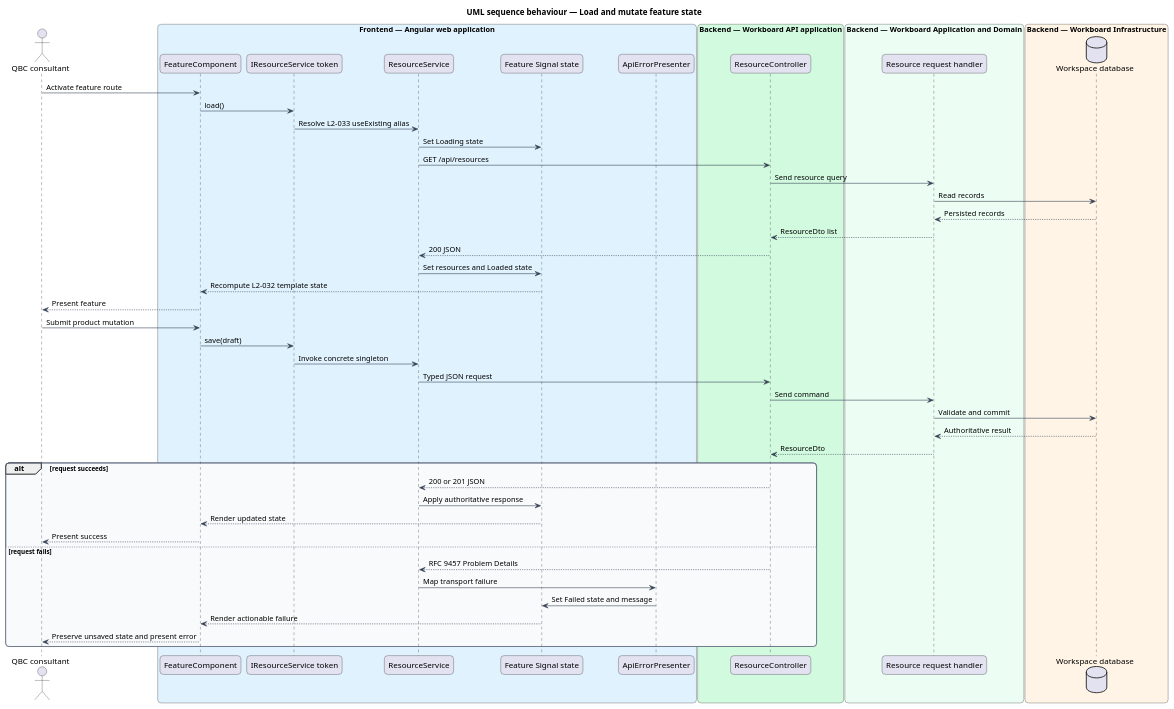
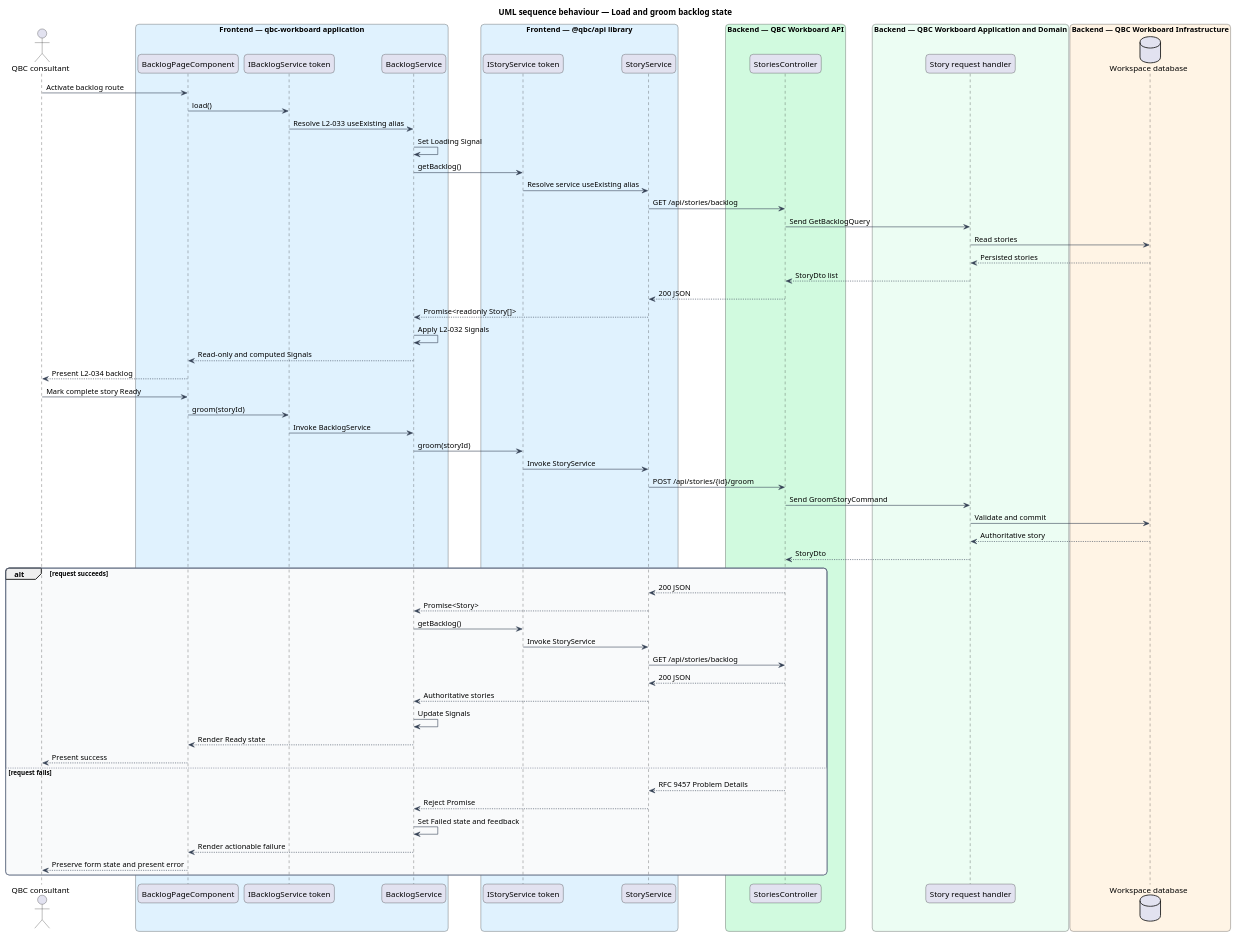
Before and after one commit to QuinntyneBrown/quinntyne-brown-consulting: the diagram in docs/detailed-designs/platform/render-angular-workspace/diagrams/sequence-consume-service.puml, drawn with PlantUML. The commit also changed 63 other files, not shown here.

Commit message:
Rename frontend api library exports to service pattern and update workboard consumers

```diff
--- a/docs/detailed-designs/platform/render-angular-workspace/diagrams/sequence-consume-service.puml
+++ b/docs/detailed-designs/platform/render-angular-workspace/diagrams/sequence-consume-service.puml
@@ -1,68 +1,82 @@
 @startuml
-title UML sequence behaviour — Load and mutate feature state
+title UML sequence behaviour — Load and groom backlog state
 skinparam backgroundColor #FFFFFF
 skinparam shadowing false
 skinparam roundcorner 12
 skinparam defaultFontName Arial
 skinparam ArrowColor #344054
 skinparam rectangle {
   BorderColor #344054
   FontColor #101828
 }
 skinparam package {
   BorderColor #667085
   FontColor #101828
   BackgroundColor #F9FAFB
 }
 actor "QBC consultant" as actor
-box "Frontend — Angular web application" #E0F2FE
-  participant "FeatureComponent" as component
-  participant "IResourceService token" as contract
-  participant "ResourceService" as service
-  participant "Feature Signal state" as signals
-  participant "ApiErrorPresenter" as error
+box "Frontend — qbc-workboard application" #E0F2FE
+  participant "BacklogPageComponent" as page
+  participant "IBacklogService token" as appcontract
+  participant "BacklogService" as store
 end box
-box "Backend — Workboard API application" #D1FADF
-  participant "ResourceController" as controller
+box "Frontend — @qbc/api library" #E0F2FE
+  participant "IStoryService token" as apicontract
+  participant "StoryService" as client
 end box
-box "Backend — Workboard Application and Domain" #ECFDF3
-  participant "Resource request handler" as handler
+box "Backend — QBC Workboard API" #D1FADF
+  participant "StoriesController" as controller
 end box
-box "Backend — Workboard Infrastructure" #FFF4E5
+box "Backend — QBC Workboard Application and Domain" #ECFDF3
+  participant "Story request handler" as handler
+end box
+box "Backend — QBC Workboard Infrastructure" #FFF4E5
   database "Workspace database" as db
 end box
 
-actor -> component : Activate feature route
-component -> contract : load()
-contract -> service : Resolve L2-033 useExisting alias
-service -> signals : Set Loading state
-service -> controller : GET /api/resources
-controller -> handler : Send resource query
-handler -> db : Read records
-db --> handler : Persisted records
-handler --> controller : ResourceDto list
-controller --> service : 200 JSON
-service -> signals : Set resources and Loaded state
-signals --> component : Recompute L2-032 template state
-component --> actor : Present feature
-actor -> component : Submit product mutation
-component -> contract : save(draft)
-contract -> service : Invoke concrete singleton
-service -> controller : Typed JSON request
-controller -> handler : Send command
+actor -> page : Activate backlog route
+page -> appcontract : load()
+appcontract -> store : Resolve L2-033 useExisting alias
+store -> store : Set Loading Signal
+store -> apicontract : getBacklog()
+apicontract -> client : Resolve service useExisting alias
+client -> controller : GET /api/stories/backlog
+controller -> handler : Send GetBacklogQuery
+handler -> db : Read stories
+db --> handler : Persisted stories
+handler --> controller : StoryDto list
+controller --> client : 200 JSON
+client --> store : Promise<readonly Story[]>
+store -> store : Apply L2-032 Signals
+store --> page : Read-only and computed Signals
+page --> actor : Present L2-034 backlog
+
+actor -> page : Mark complete story Ready
+page -> appcontract : groom(storyId)
+appcontract -> store : Invoke BacklogService
+store -> apicontract : groom(storyId)
+apicontract -> client : Invoke StoryService
+client -> controller : POST /api/stories/{id}/groom
+controller -> handler : Send GroomStoryCommand
 handler -> db : Validate and commit
-db --> handler : Authoritative result
-handler --> controller : ResourceDto
+db --> handler : Authoritative story
+handler --> controller : StoryDto
 alt request succeeds
-  controller --> service : 200 or 201 JSON
-  service -> signals : Apply authoritative response
-  signals --> component : Render updated state
-  component --> actor : Present success
+  controller --> client : 200 JSON
+  client --> store : Promise<Story>
+  store -> apicontract : getBacklog()
+  apicontract -> client : Invoke StoryService
+  client -> controller : GET /api/stories/backlog
+  controller --> client : 200 JSON
+  client --> store : Authoritative stories
+  store -> store : Update Signals
+  store --> page : Render Ready state
+  page --> actor : Present success
 else request fails
-  controller --> service : RFC 9457 Problem Details
-  service -> error : Map transport failure
-  error -> signals : Set Failed state and message
-  signals --> component : Render actionable failure
-  component --> actor : Preserve unsaved state and present error
+  controller --> client : RFC 9457 Problem Details
+  client --> store : Reject Promise
+  store -> store : Set Failed state and feedback
+  store --> page : Render actionable failure
+  page --> actor : Preserve form state and present error
 end
 @enduml
```
